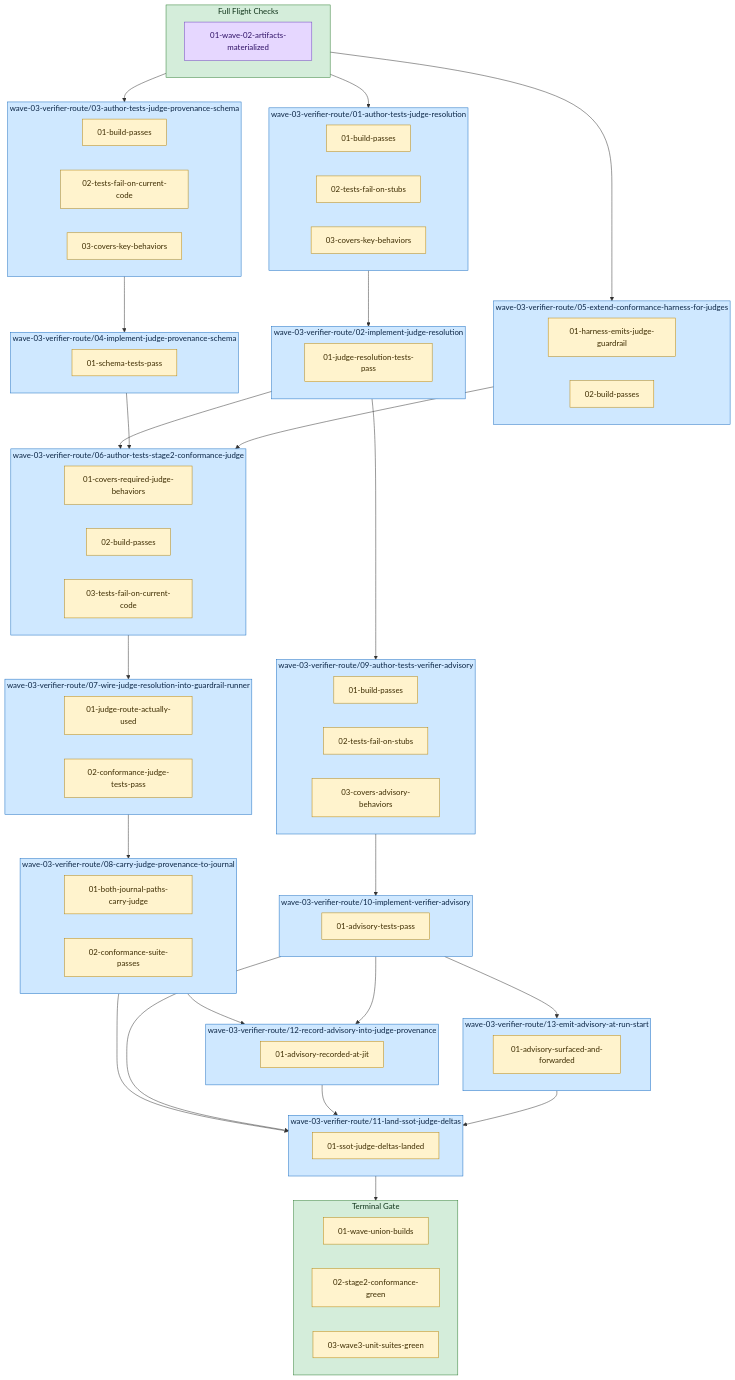
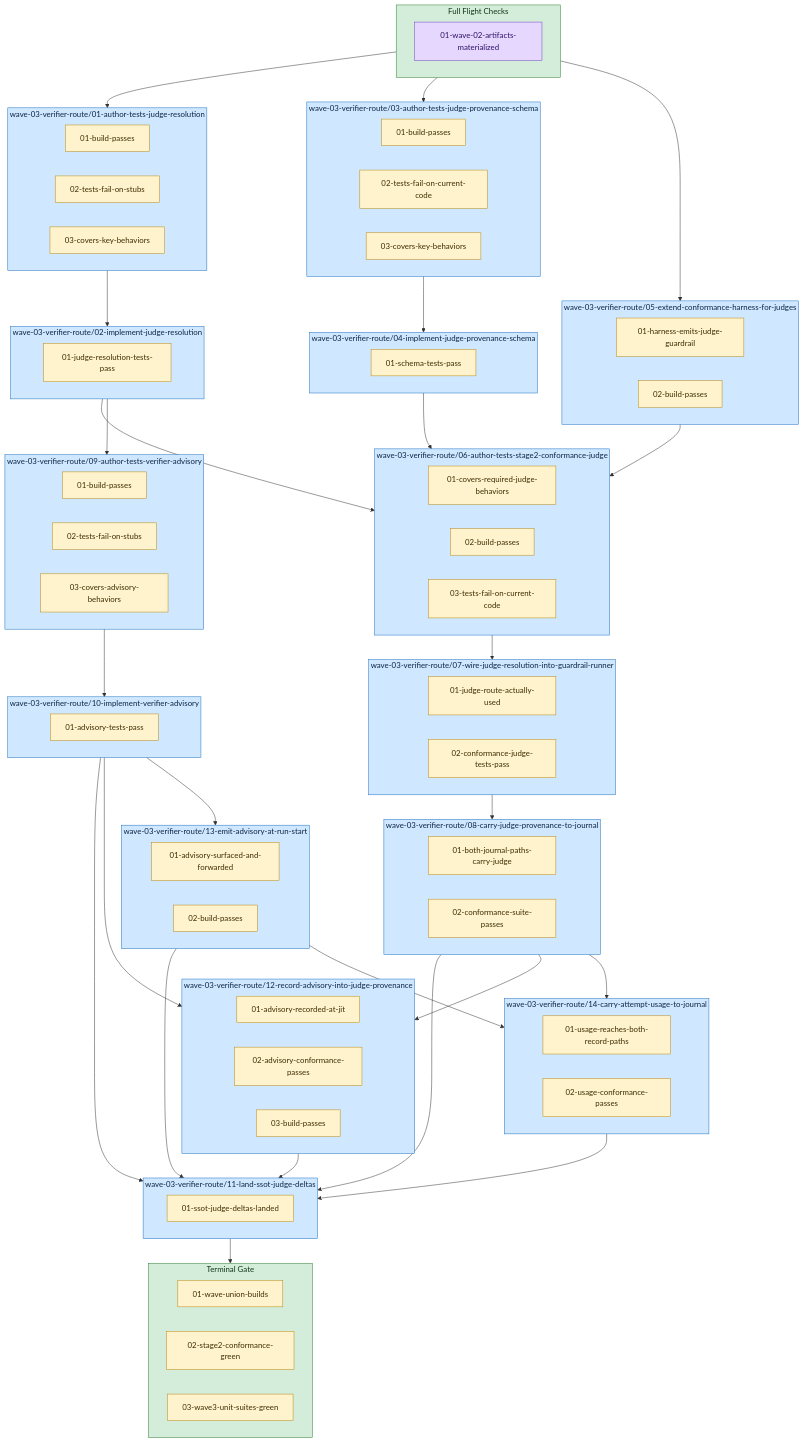
The diagram in docs/plans/model-tiering-stage-2/wave-03-verifier-route/diagram.md (Servant-Software-LLC/Guardrails), drawn with Mermaid before and after one commit. The commit also changed other lines of this file and 11 other files, not shown here.

First line of the commit message:
review(wave 3): fold #475 in as task 14 — attempt usage reaches run.json

```diff
--- a/docs/plans/model-tiering-stage-2/wave-03-verifier-route/diagram.md
+++ b/docs/plans/model-tiering-stage-2/wave-03-verifier-route/diagram.md
@@ -63,12 +63,20 @@
   style task_wave_03_verifier_route_11_land_ssot_judge_deltas fill:#cfe8ff,stroke:#1b6ec2,color:#0b2545;
   subgraph task_wave_03_verifier_route_12_record_advisory_into_judge_provenance["wave-03-verifier-route/12-record-advisory-into-judge-provenance"]
     task_wave_03_verifier_route_12_record_advisory_into_judge_provenance_gr_0["01-advisory-recorded-at-jit"]:::guardrail
+    task_wave_03_verifier_route_12_record_advisory_into_judge_provenance_gr_1["02-advisory-conformance-passes"]:::guardrail
+    task_wave_03_verifier_route_12_record_advisory_into_judge_provenance_gr_2["03-build-passes"]:::guardrail
   end
   style task_wave_03_verifier_route_12_record_advisory_into_judge_provenance fill:#cfe8ff,stroke:#1b6ec2,color:#0b2545;
   subgraph task_wave_03_verifier_route_13_emit_advisory_at_run_start["wave-03-verifier-route/13-emit-advisory-at-run-start"]
     task_wave_03_verifier_route_13_emit_advisory_at_run_start_gr_0["01-advisory-surfaced-and-forwarded"]:::guardrail
+    task_wave_03_verifier_route_13_emit_advisory_at_run_start_gr_1["02-build-passes"]:::guardrail
   end
   style task_wave_03_verifier_route_13_emit_advisory_at_run_start fill:#cfe8ff,stroke:#1b6ec2,color:#0b2545;
+  subgraph task_wave_03_verifier_route_14_carry_attempt_usage_to_journal["wave-03-verifier-route/14-carry-attempt-usage-to-journal"]
+    task_wave_03_verifier_route_14_carry_attempt_usage_to_journal_gr_0["01-usage-reaches-both-record-paths"]:::guardrail
+    task_wave_03_verifier_route_14_carry_attempt_usage_to_journal_gr_1["02-usage-conformance-passes"]:::guardrail
+  end
+  style task_wave_03_verifier_route_14_carry_attempt_usage_to_journal fill:#cfe8ff,stroke:#1b6ec2,color:#0b2545;
   subgraph plan_guardrails["Terminal Gate"]
     plan_guardrails_0["01-wave-union-builds"]:::guardrail
     plan_guardrails_1["02-stage2-conformance-green"]:::guardrail
@@ -88,12 +96,15 @@
   task_wave_03_verifier_route_07_wire_judge_resolution_into_guardrail_runner --> task_wave_03_verifier_route_08_carry_judge_provenance_to_journal
   task_wave_03_verifier_route_08_carry_judge_provenance_to_journal --> task_wave_03_verifier_route_11_land_ssot_judge_deltas
   task_wave_03_verifier_route_08_carry_judge_provenance_to_journal --> task_wave_03_verifier_route_12_record_advisory_into_judge_provenance
+  task_wave_03_verifier_route_08_carry_judge_provenance_to_journal --> task_wave_03_verifier_route_14_carry_attempt_usage_to_journal
   task_wave_03_verifier_route_09_author_tests_verifier_advisory --> task_wave_03_verifier_route_10_implement_verifier_advisory
   task_wave_03_verifier_route_10_implement_verifier_advisory --> task_wave_03_verifier_route_11_land_ssot_judge_deltas
   task_wave_03_verifier_route_10_implement_verifier_advisory --> task_wave_03_verifier_route_12_record_advisory_into_judge_provenance
   task_wave_03_verifier_route_10_implement_verifier_advisory --> task_wave_03_verifier_route_13_emit_advisory_at_run_start
   task_wave_03_verifier_route_12_record_advisory_into_judge_provenance --> task_wave_03_verifier_route_11_land_ssot_judge_deltas
   task_wave_03_verifier_route_13_emit_advisory_at_run_start --> task_wave_03_verifier_route_11_land_ssot_judge_deltas
+  task_wave_03_verifier_route_13_emit_advisory_at_run_start --> task_wave_03_verifier_route_14_carry_attempt_usage_to_journal
+  task_wave_03_verifier_route_14_carry_attempt_usage_to_journal --> task_wave_03_verifier_route_11_land_ssot_judge_deltas
   task_wave_03_verifier_route_11_land_ssot_judge_deltas --> plan_guardrails
   classDef preflight fill:#e6d7ff,stroke:#6f42c1,color:#2e1065;
   classDef guardrail fill:#fff3cd,stroke:#b8860b,color:#3d2c00;
```
